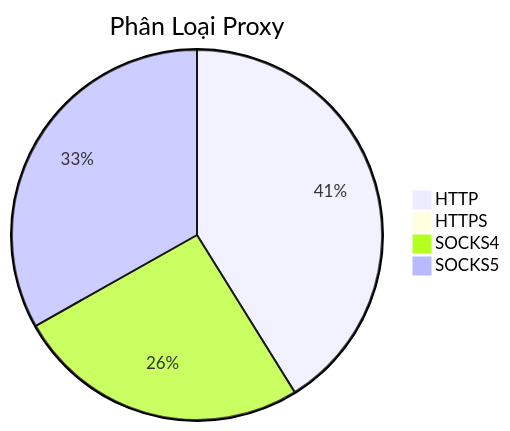
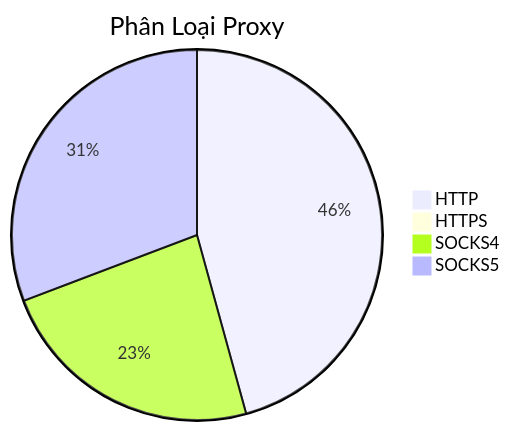
One commit to Ciara-12/PROXY-free changed the diagram in README.md. Above: the diagram before and after it, drawn with Mermaid. The commit also changed other lines of this file and 4 other files, not shown here.

````diff
--- a/README.md
+++ b/README.md
@@ -26,7 +26,7 @@
 ```mermaid
 pie title Phân Loại Proxy
-    "HTTP" : 402
-    "HTTPS" : 0
-    "SOCKS4" : 251
-    "SOCKS5" : 324
+    "HTTP" : 535
+    "HTTPS" : 3
+    "SOCKS4" : 275
+    "SOCKS5" : 360
 ```
````
